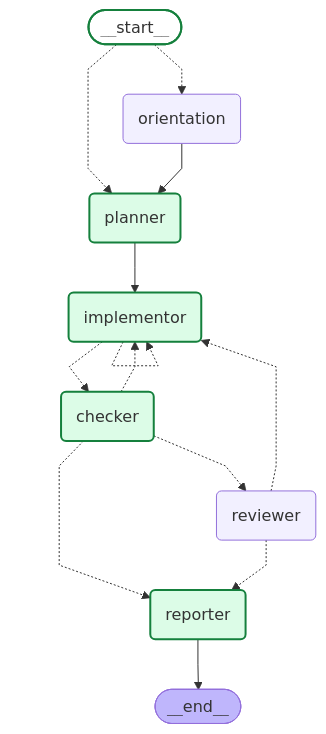
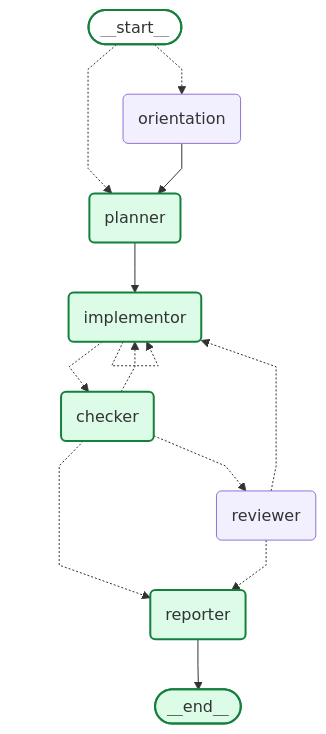
The diagram in runs/20260809-155005-827f90/graph.mmd (daniell0gda/hermes-feature-check-dashboard), drawn with Mermaid before and after one commit. The commit also changed 11 other files, not shown here.

```diff
--- a/runs/20260809-155005-827f90/graph.mmd
+++ b/runs/20260809-155005-827f90/graph.mmd
@@ -1,38 +1,39 @@
 ---
 config:
   flowchart:
     curve: linear
 ---
 graph TD;
 	__start__([<p>__start__</p>]):::first
 	orientation(orientation)
 	planner(planner)
 	implementor(implementor)
 	checker(checker)
 	reviewer(reviewer)
 	reporter(reporter)
 	__end__([<p>__end__</p>]):::last
 	__start__ -.-> orientation;
 	__start__ -.-> planner;
 	checker -.-> implementor;
 	checker -.-> reporter;
 	checker -.-> reviewer;
 	implementor -.-> checker;
 	orientation --> planner;
 	planner --> implementor;
 	reviewer -.-> implementor;
 	reviewer -.-> reporter;
 	reporter --> __end__;
 	implementor -.-> implementor;
 	classDef default fill:#f2f0ff,line-height:1.2
 	classDef first fill-opacity:0
 	classDef last fill:#bfb6fc
 
 classDef done fill:#dcfce7,stroke:#15803d,stroke-width:2px;
 classDef active fill:#dbeafe,stroke:#2563eb,stroke-width:3px;
 classDef failed fill:#fee2e2,stroke:#b42318,stroke-width:2px;
 class reporter done;
 class implementor done;
 class checker done;
 class planner done;
 class __start__ done;
+class __end__ done;
```
